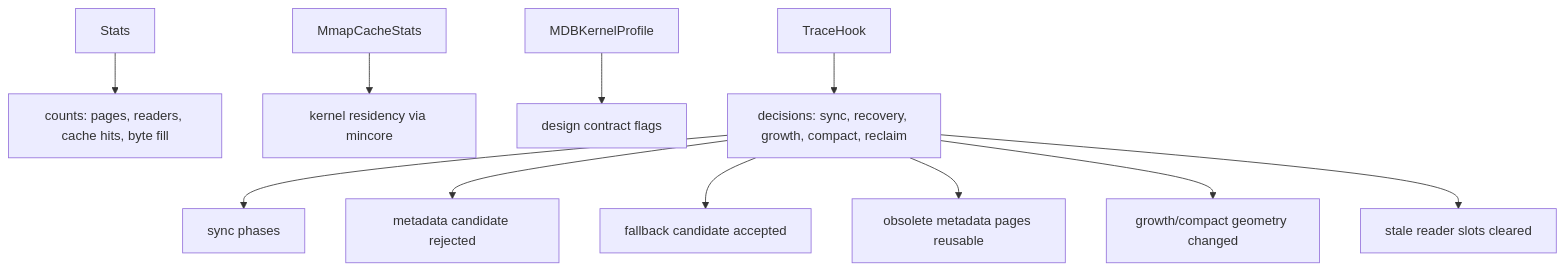
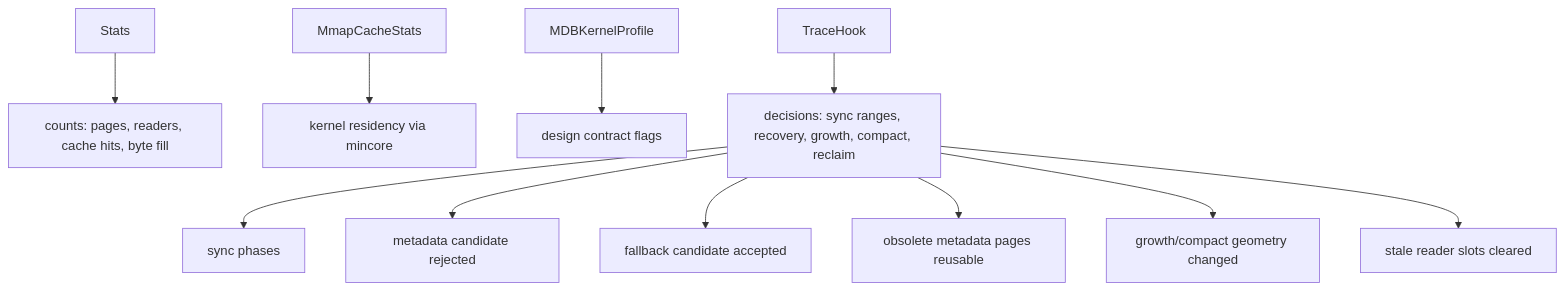
Diagram 17 of 18 in docs/00-storage-engine-course.md (hadamrd/cow-btree-course), drawn with Mermaid before and after one commit. The commit also changed other lines of this file and 7 other files, not shown here.

Commit message:
feat: trace mmap dirty sync ranges

````diff
--- a/docs/00-storage-engine-course.md
+++ b/docs/00-storage-engine-course.md
@@ -579,14 +581,14 @@
 ```mermaid
 flowchart TD
     S["Stats"] --> C["counts: pages, readers, cache hits, byte fill"]
     M["MmapCacheStats"] --> R["kernel residency via mincore"]
     P["MDBKernelProfile"] --> K["design contract flags"]
-    T["TraceHook"] --> E["decisions: sync, recovery, growth, compact, reclaim"]
+    T["TraceHook"] --> E["decisions: sync ranges, recovery, growth, compact, reclaim"]
 
     E --> A["sync phases"]
     E --> B["metadata candidate rejected"]
     E --> D["fallback candidate accepted"]
     E --> F["obsolete metadata pages reusable"]
     E --> G["growth/compact geometry changed"]
     E --> H["stale reader slots cleared"]
 ```
````
